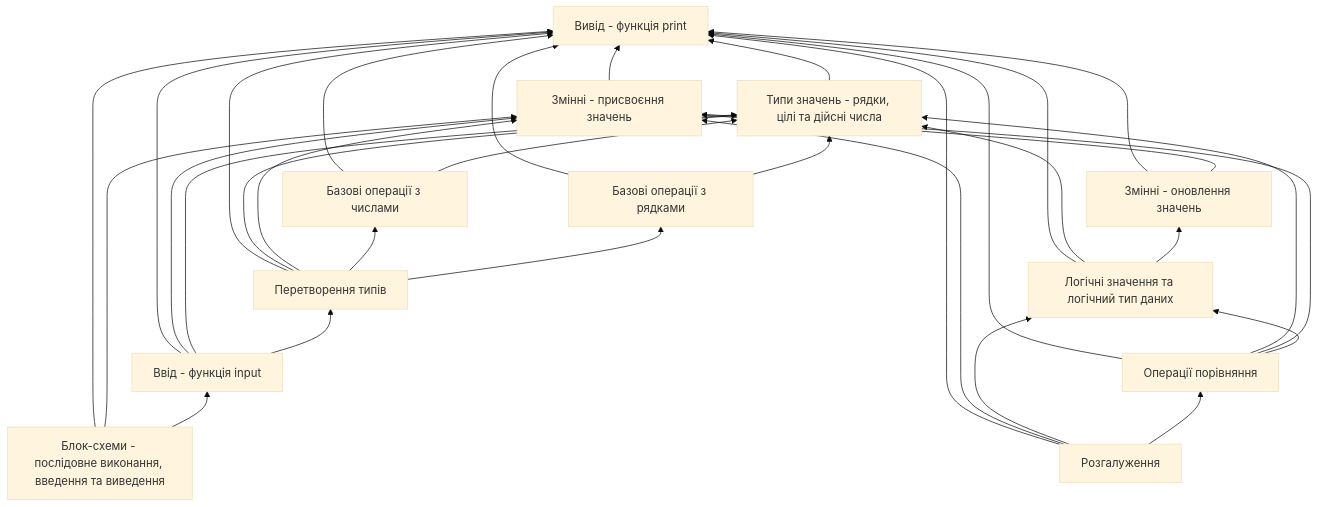
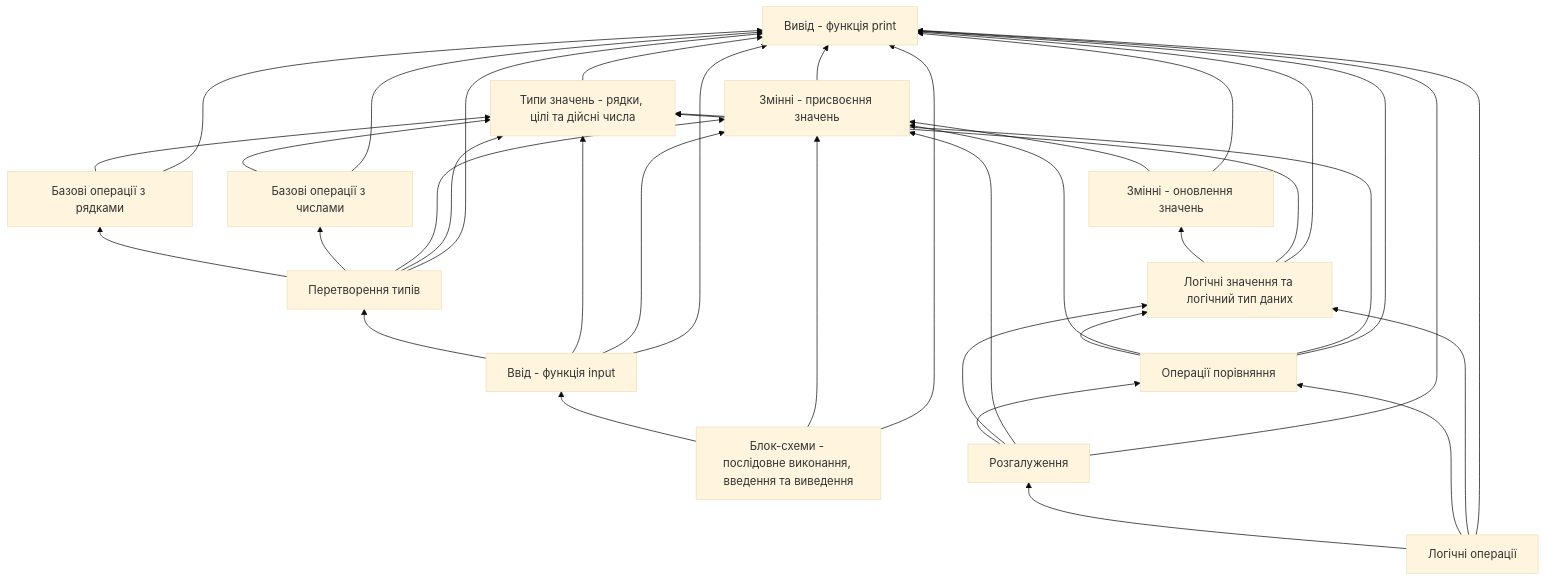
The diagram in Залежності.md (EugeneLoy/python-handbook), drawn with Mermaid (base theme) before and after one commit. The commit also changed 5 other files, not shown here.

````diff
--- a/Залежності.md
+++ b/Залежності.md
@@ -5,47 +5,52 @@
 ```mermaid
 graph BT
     A["Вивід - функція print"] 
     B["Типи значень - рядки, цілі та дійсні числа"]
     C["Змінні - присвоєння значень"]
     D["Змінні - оновлення значень"]
     E["Базові операції з числами"]
     F["Базові операції з рядками"]
     G["Перетворення типів"]
     H["Ввід - функція input"]
     I["Блок-схеми - послідовне виконання, введення та виведення"]
     J["Логічні значення та логічний тип даних"]
     K["Операції порівняння"]
-    L["Розгалуження"]
+    L["Логічні операції"]
+    M["Розгалуження"]
     
     B --> A
     C --> A
     D --> A
     D --> C
     E --> A
     E --> B
     F --> A
     F --> B
     G --> A
     G --> B
     G --> C
     G --> E
     G --> F
     H --> A
     H --> C
     H --> B
     H --> G
     I --> A
     I --> C
     I --> H
     J --> A
     J --> B
     J --> D
     K --> A
     K --> B
     K --> C
     K --> J
     L --> A
-    L --> C
     L --> J
     L --> K
+    L --> M
+    M --> A
+    M --> C
+    M --> J
+    M --> K
 ```
````
